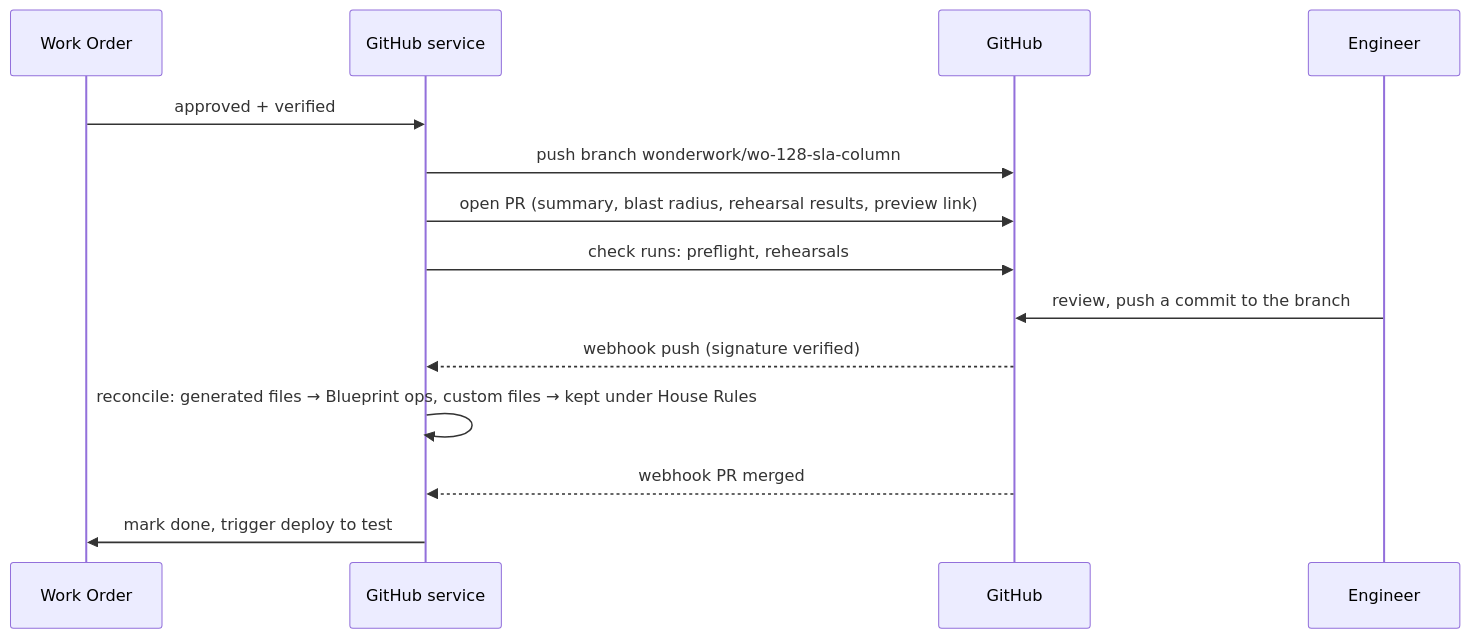
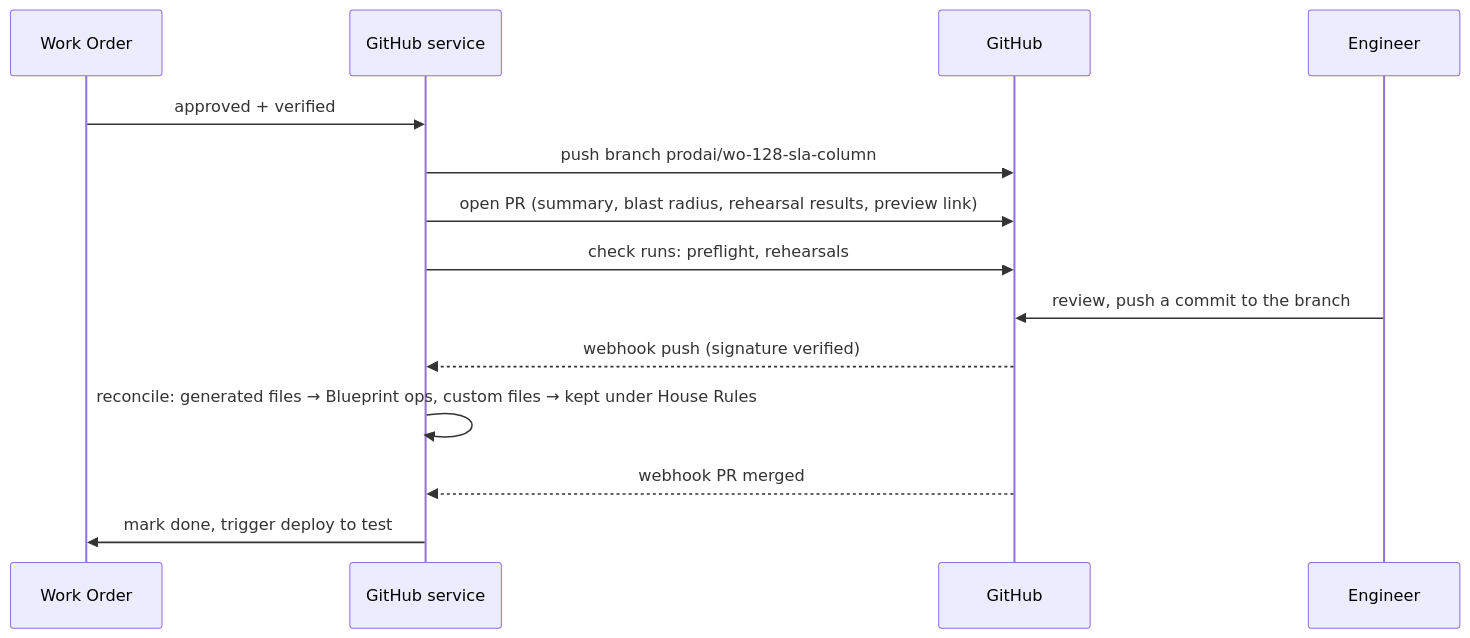
The third of 3 diagrams in ARCHITECTURE.md (aryansaharan/architect-2), drawn with Mermaid before and after one commit. The commit also changed other lines of this file and 46 other files, not shown here.

````diff
--- a/ARCHITECTURE.md
+++ b/ARCHITECTURE.md
@@ -333,16 +333,16 @@
 ```mermaid
 sequenceDiagram
   participant W as Work Order
   participant G as GitHub service
   participant GH as GitHub
   participant E as Engineer
   W->>G: approved + verified
-  G->>GH: push branch wonderwork/wo-128-sla-column
+  G->>GH: push branch prodai/wo-128-sla-column
   G->>GH: open PR (summary, blast radius, rehearsal results, preview link)
   G->>GH: check runs: preflight, rehearsals
   E->>GH: review, push a commit to the branch
   GH-->>G: webhook push (signature verified)
   G->>G: reconcile: generated files → Blueprint ops, custom files → kept under House Rules
   GH-->>G: webhook PR merged
   G->>W: mark done, trigger deploy to test
 ```
````
